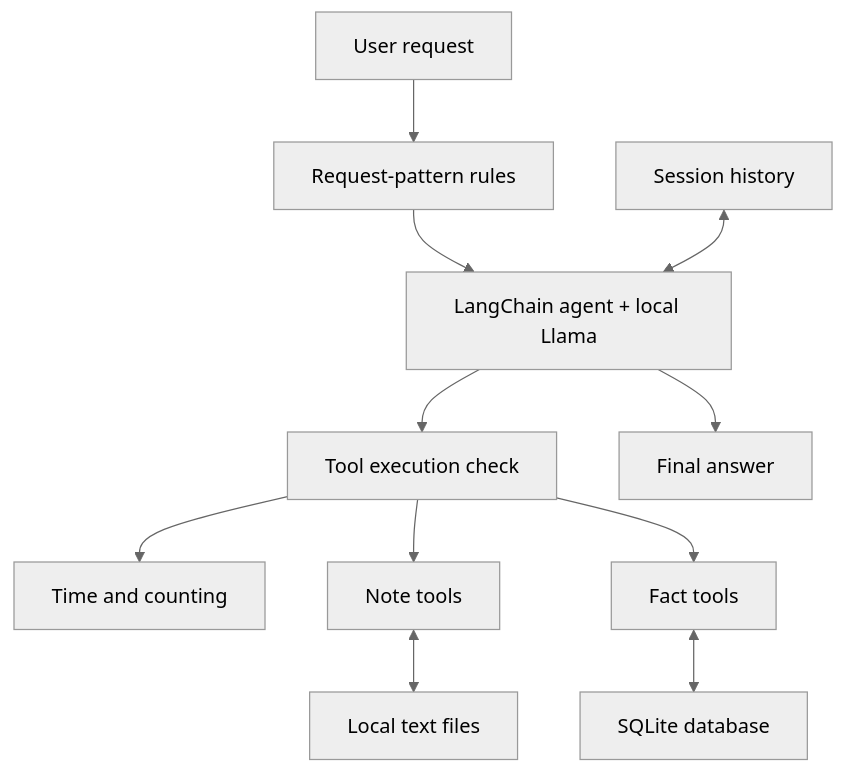
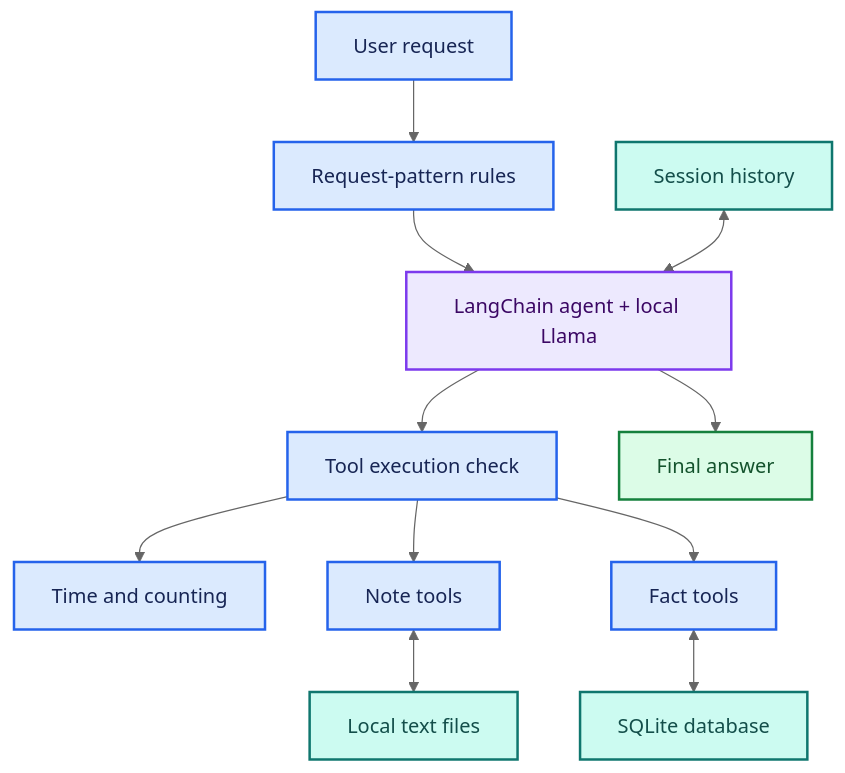
The diagram in README.md (anne500/local-ai-agent-tool-memory), drawn with Mermaid (neutral theme) before and after one commit. The commit also changed other lines of this file, not shown here.

Commit message:
Apply shared architecture colors and visual conventions

````diff
--- a/README.md
+++ b/README.md
@@ -26,13 +28,27 @@
 ```mermaid
 flowchart TD
     U["User request"] --> R["Request-pattern rules"]
     R --> A["LangChain agent + local Llama"]
     S["Session history"] <--> A
     A --> G["Tool execution check"]
     G --> C["Time and counting"]
     G --> N["Note tools"]
     G --> F["Fact tools"]
     N <--> D["Local text files"]
     F <--> Q["SQLite database"]
     A --> O["Final answer"]
+
+    %% Shared architecture palette: see VISUAL_STYLE.md
+    classDef default fill:#F8FAFC,stroke:#475569,color:#0F172A,stroke-width:2px;
+    classDef process fill:#DBEAFE,stroke:#2563EB,color:#172554,stroke-width:2px;
+    classDef model fill:#EDE9FE,stroke:#7C3AED,color:#3B0764,stroke-width:2px;
+    classDef store fill:#CCFBF1,stroke:#0F766E,color:#134E4A,stroke-width:2px;
+    classDef decision fill:#FEF3C7,stroke:#B45309,color:#78350F,stroke-width:2px;
+    classDef human fill:#FFEDD5,stroke:#C2410C,color:#7C2D12,stroke-width:2px;
+    classDef output fill:#DCFCE7,stroke:#15803D,color:#14532D,stroke-width:2px;
+    classDef failure fill:#FEE2E2,stroke:#B91C1C,color:#7F1D1D,stroke-width:2px;
+    class U,R,G,C,N,F process;
+    class A model;
+    class S,D,Q store;
+    class O output;
 ```
````
